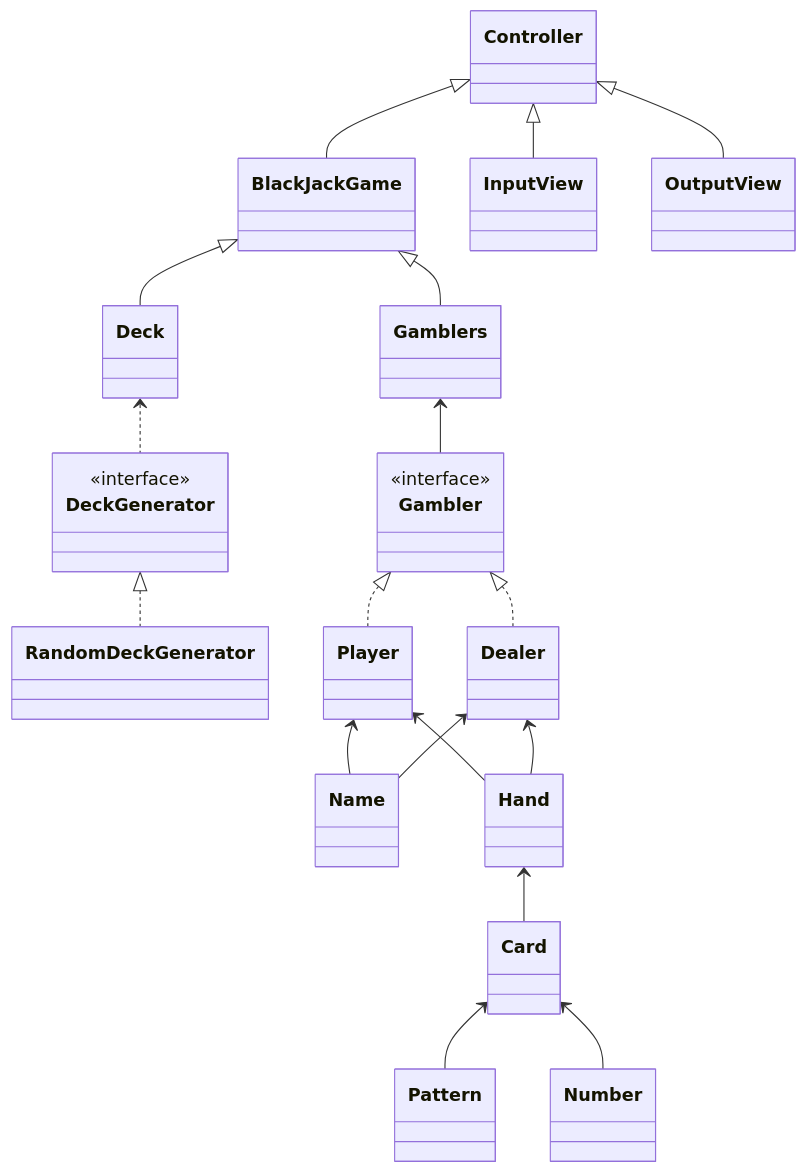
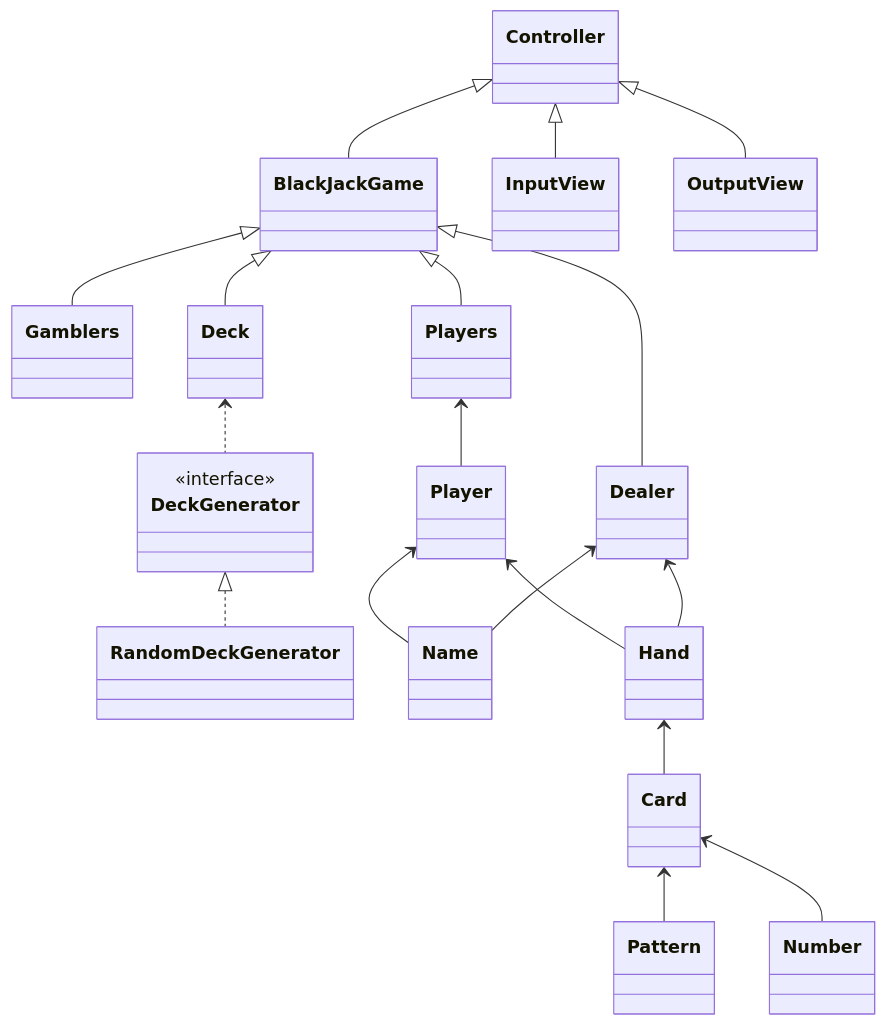
Before and after one commit to woowacourse/java-blackjack: the diagram in README.md, drawn with Mermaid.

Commit message:
docs: class diagram 업데이트

````diff
--- a/README.md
+++ b/README.md
@@ -11,22 +11,21 @@
 ```mermaid
 classDiagram
     BlackJackGame <|-- Gamblers
     BlackJackGame <|-- Deck
+    BlackJackGame <|-- Players
+    BlackJackGame <|-- Dealer
     Controller <|-- BlackJackGame
     Controller <|-- InputView
     Controller <|-- OutputView
     Deck <.. DeckGenerator
     <<interface>>DeckGenerator
     DeckGenerator <|.. RandomDeckGenerator
-    Gamblers <-- Gambler
-    <<interface>> Gambler
-    Gambler <|.. Player
-    Gambler <|.. Dealer
+    Players <-- Player
     Player <-- Name
     Player <-- Hand
     Dealer <-- Name
     Dealer <-- Hand
     Hand <-- Card
     Card <-- Pattern
     Card <-- Number
 ```
````
